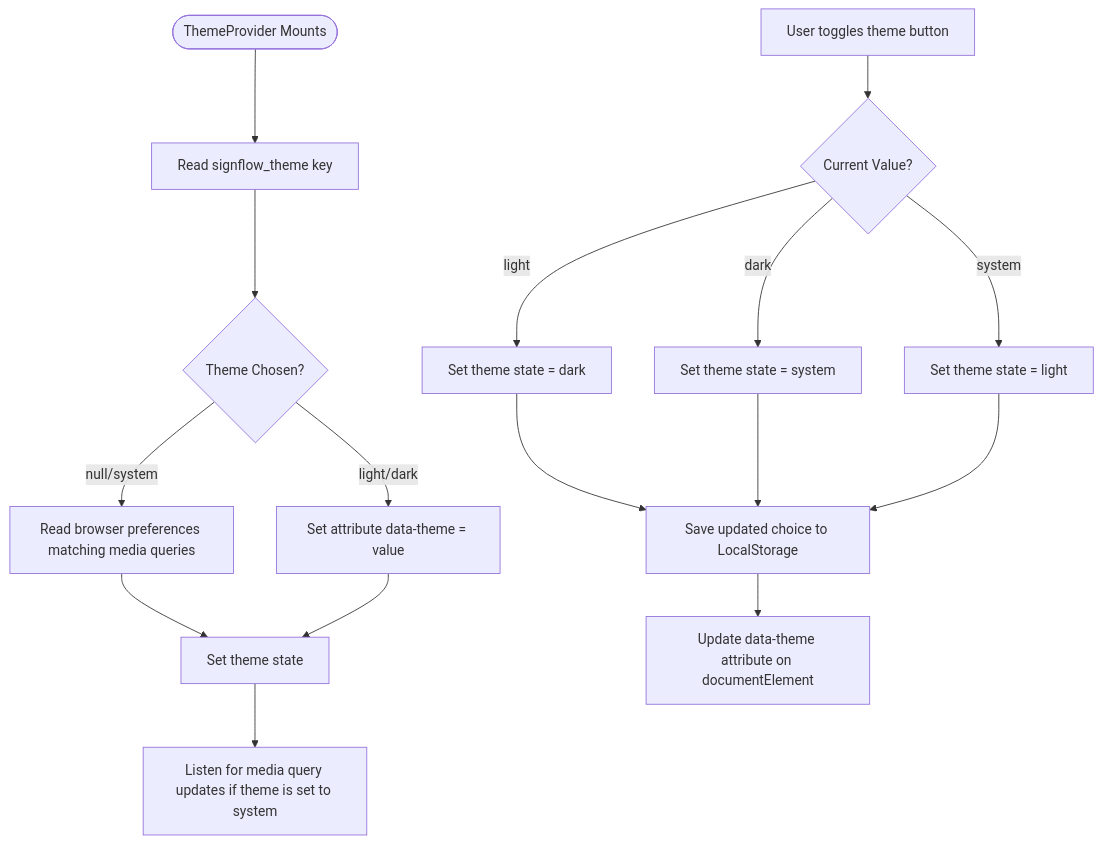
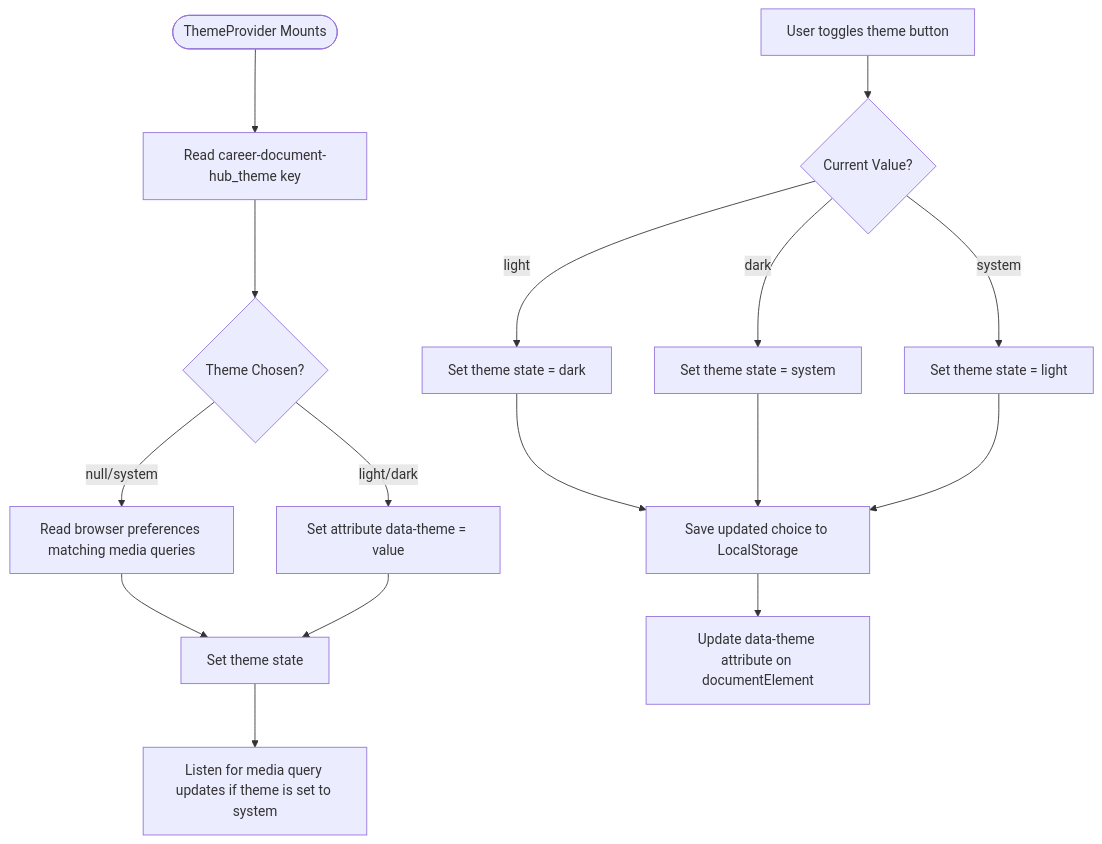
The fourth of 13 diagrams in Frontend-Technical-Design.md (silent-knight-22/career-document-hub), drawn with Mermaid before and after one commit. The commit also changed other lines of this file and 21 other files, not shown here.

Commit message:
feat: rebrand to career-document-hub, fix pdf signature loop, swap to groq API, and add signature customizer

````diff
--- a/Frontend-Technical-Design.md
+++ b/Frontend-Technical-Design.md
@@ -273,21 +273,21 @@
 ```mermaid
 graph TD
-    ThemeInit([ThemeProvider Mounts]) --> CheckTheme[Read signflow_theme key]
+    ThemeInit([ThemeProvider Mounts]) --> CheckTheme[Read career-document-hub_theme key]
     CheckTheme --> ResolveTheme{Theme Chosen?}
     
     ResolveTheme -- null/system --> ApplySystem[Read browser preferences matching media queries]
     ResolveTheme -- light/dark --> ApplyExplicit[Set attribute data-theme = value]
     
     ApplySystem --> SetThemeState[Set theme state]
     ApplyExplicit --> SetThemeState
     
     SetThemeState --> AttachListener[Listen for media query updates if theme is set to system]
     
     UserCycle[User toggles theme button] --> CycleState{Current Value?}
     CycleState -- light --> SetDark[Set theme state = dark]
     CycleState -- dark --> SetSystem[Set theme state = system]
     CycleState -- system --> SetLight[Set theme state = light]
     
     SetDark & SetSystem & SetLight --> SaveLocalStorage[Save updated choice to LocalStorage]
     SaveLocalStorage --> UpdateDOM[Update data-theme attribute on documentElement]
 ```
````
